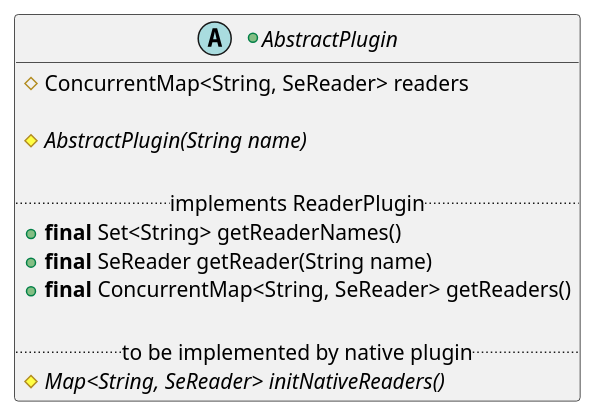
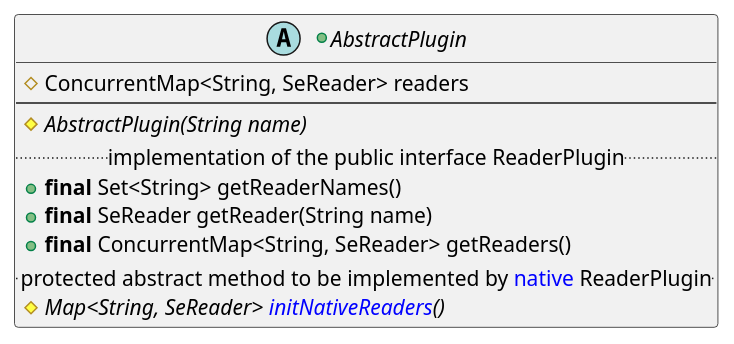
Diagram 20 of 29 in src/KeypleCoreApi/PluginApi/puml/KeypleCore-PluginApi-ClassDiag-SE_Proxy-ClassElements.iuml (calypsonet/keyple), drawn with PlantUML before and after one commit. The commit also changed other lines of this file and 4 other files, not shown here.

```diff
--- a/src/KeypleCoreApi/PluginApi/puml/KeypleCore-PluginApi-ClassDiag-SE_Proxy-ClassElements.iuml
+++ b/src/KeypleCoreApi/PluginApi/puml/KeypleCore-PluginApi-ClassDiag-SE_Proxy-ClassElements.iuml
@@ -323,15 +341,15 @@
 @startuml(id=PLUGIN_PLUGIN_0_9)
 +abstract AbstractPlugin {
   #ConcurrentMap<String, SeReader> readers
-
+  --
   #{abstract} AbstractPlugin(String name)
-
-  .. implements ReaderPlugin ..
+'
+  .. implementation of the public interface ReaderPlugin ..
   +<b>final</b> Set<String> getReaderNames()
   +<b>final</b> SeReader getReader(String name)
   +<b>final</b> ConcurrentMap<String, SeReader> getReaders()
-
-  .. to be implemented by native plugin ..
-  #{abstract} Map<String, SeReader> initNativeReaders()
+'
+  .. protected abstract method to be implemented by <color:blue>native</color> ReaderPlugin ..
+  #{abstract} Map<String, SeReader> <color:blue>initNativeReaders</color>()
 }
 @enduml
```
